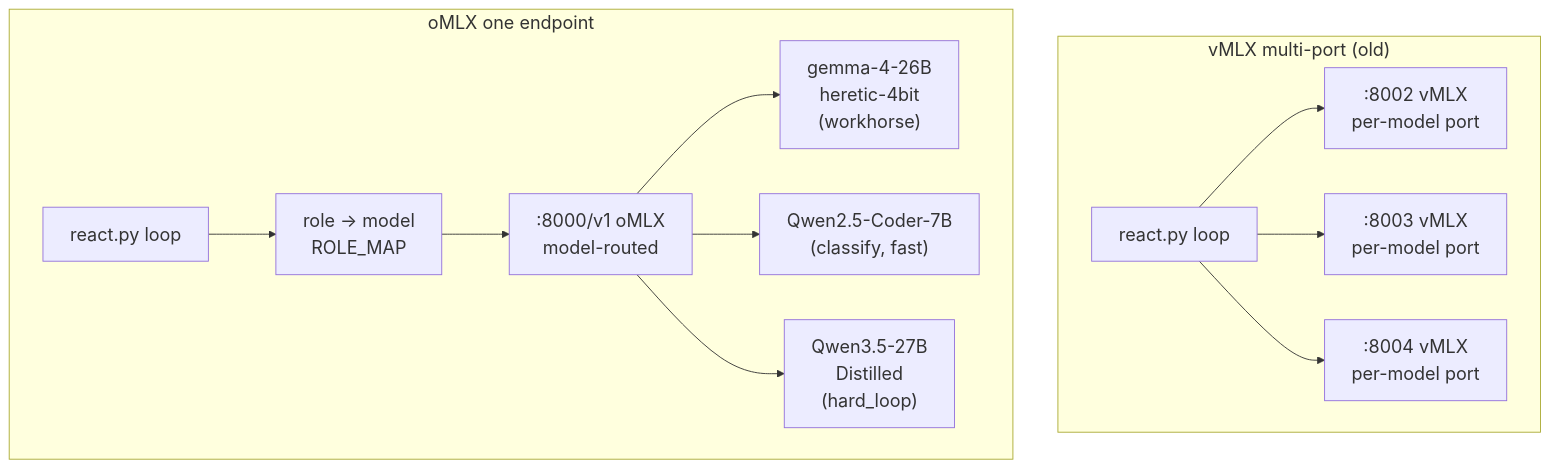
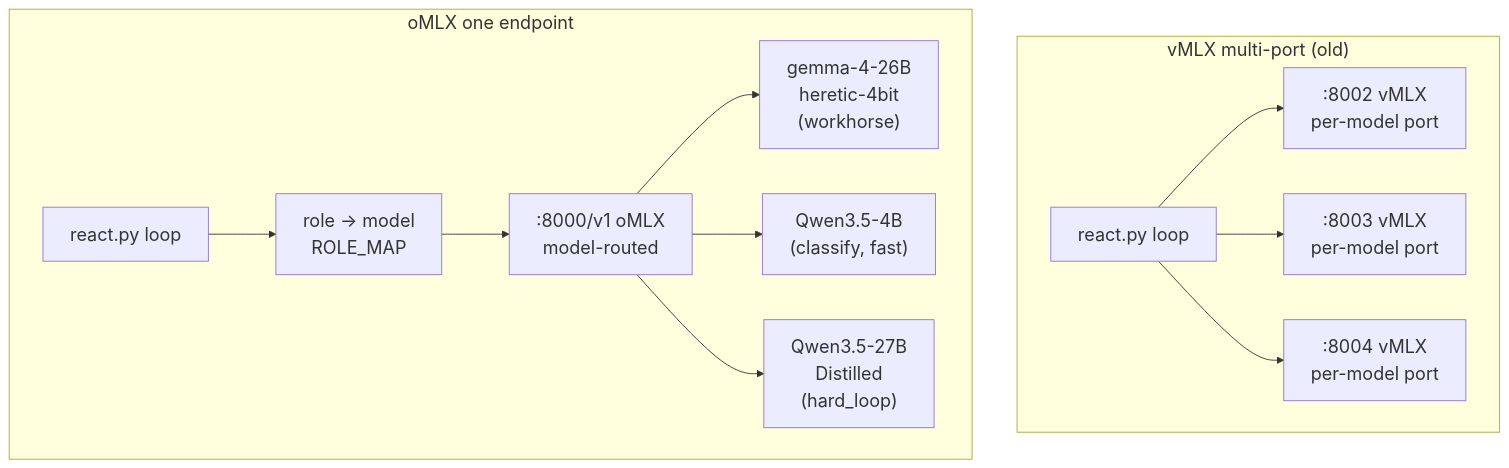
One commit to shaneliuyx/agent-development-curriculum changed the second of 3 diagrams in Week 4 - ReAct From Scratch.md. Above: the diagram before and after it, drawn with Mermaid. The commit also changed other lines of this file, not shown here.

First line of the commit message:
docs(w4): re-baseline fleet; fast tier -> Qwen3.5-4B; reason cap fix

````diff
--- a/Week 4 - ReAct From Scratch.md
+++ b/Week 4 - ReAct From Scratch.md
@@ -450,16 +450,16 @@
 ```mermaid
 %%{init: {'theme':'default', 'themeVariables': {'fontSize':'20px'}}}%%
 flowchart TD
   subgraph BEFORE["vMLX multi-port (old)"]
     L1["react.py loop"] --> P1[":8002 vMLX<br/>per-model port"]
     L1 --> P2[":8003 vMLX<br/>per-model port"]
     L1 --> P3[":8004 vMLX<br/>per-model port"]
   end
   subgraph AFTER["oMLX one endpoint"]
     L2["react.py loop"] --> R["role -> model<br/>ROLE_MAP"]
     R --> G[":8000/v1 oMLX<br/>model-routed"]
     G --> M1["gemma-4-26B<br/>heretic-4bit<br/>(workhorse)"]
-    G --> M2["Qwen2.5-Coder-7B<br/>(classify, fast)"]
+    G --> M2["Qwen3.5-4B<br/>(classify, fast)"]
     G --> M3["Qwen3.5-27B<br/>Distilled<br/>(hard_loop)"]
   end
 ```
````
